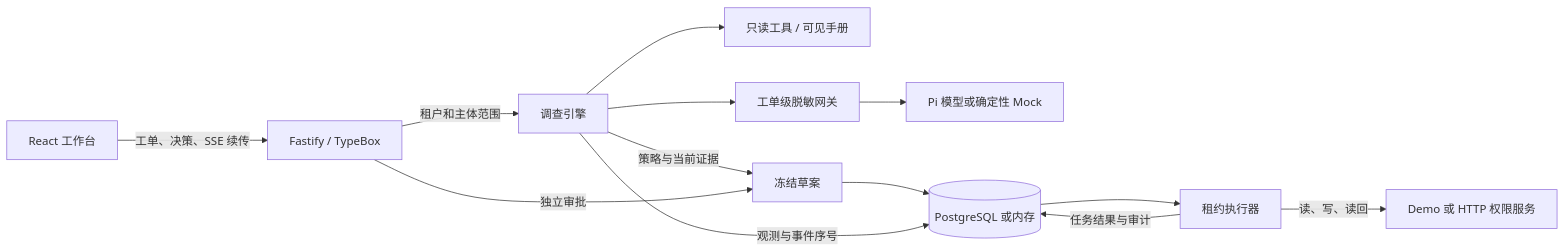
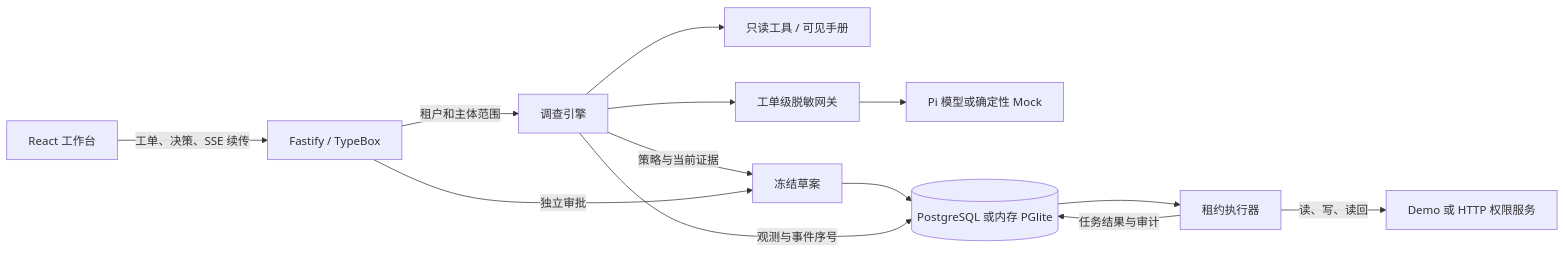
One commit to SctHy/servicedesk-v2 changed the first of 3 diagrams in docs/architecture.md. Above: the diagram before and after it, drawn with Mermaid. The commit also changed other lines of this file and 35 other files, not shown here.

Commit message:
feat(v1.0.0): unify PGlite/PG SQL, out-of-tx executor, LISTEN/NOTIFY SSE, freshness model, TenantScope, HMAC auth, traceparent, and 7-task v4 eval

````diff
--- a/docs/architecture.md
+++ b/docs/architecture.md
@@ -3,15 +3,15 @@
 ```mermaid
 flowchart LR
   UI[React 工作台] -->|工单、决策、SSE 续传| API[Fastify / TypeBox]
   API -->|租户和主体范围| E[调查引擎]
   E --> T[只读工具 / 可见手册]
   E --> V[工单级脱敏网关]
   V --> M[Pi 模型或确定性 Mock]
   E -->|策略与当前证据| D[冻结草案]
   API -->|独立审批| D
-  D --> DB[(PostgreSQL 或内存)]
+  D --> DB[(PostgreSQL 或内存 PGlite)]
   E -->|观测与事件序号| DB
   DB --> X[租约执行器]
   X -->|读、写、读回| P[Demo 或 HTTP 权限服务]
   X -->|任务结果与审计| DB
 ```
````
